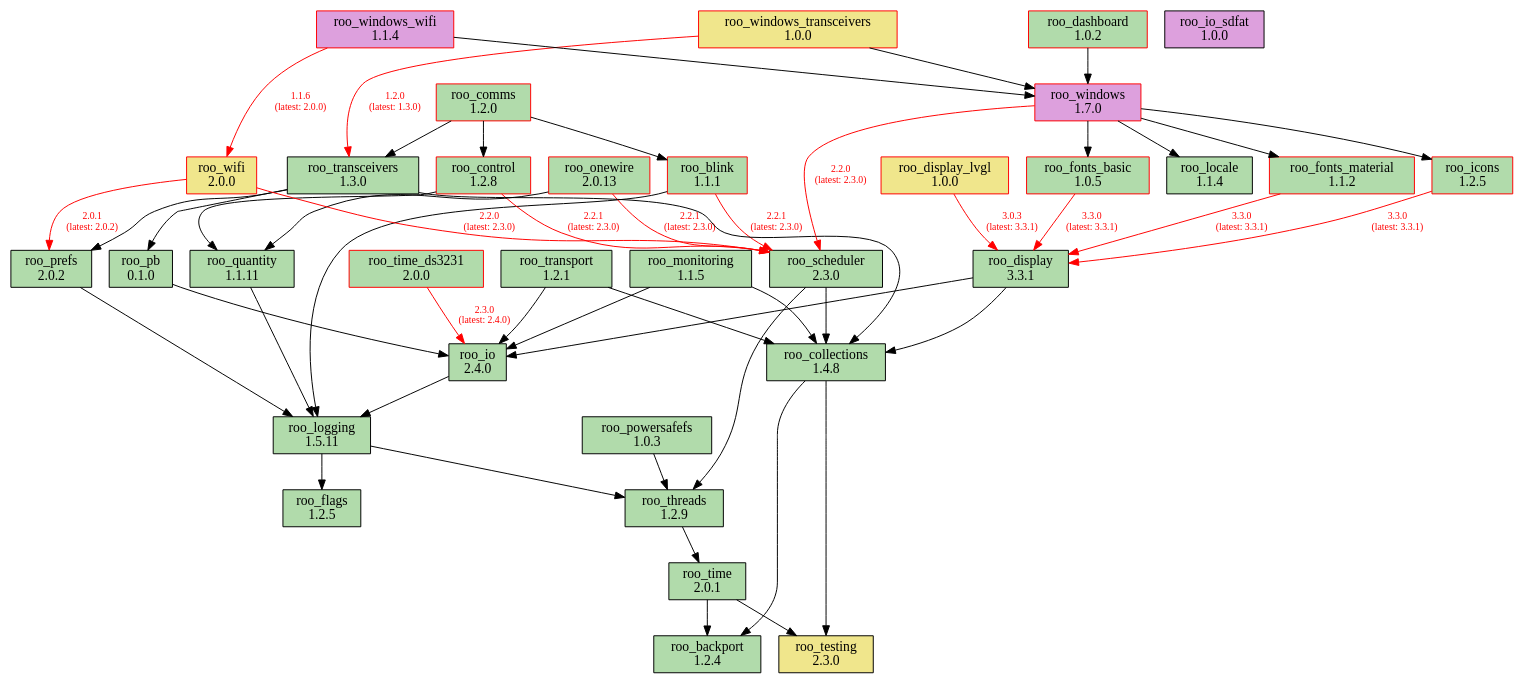
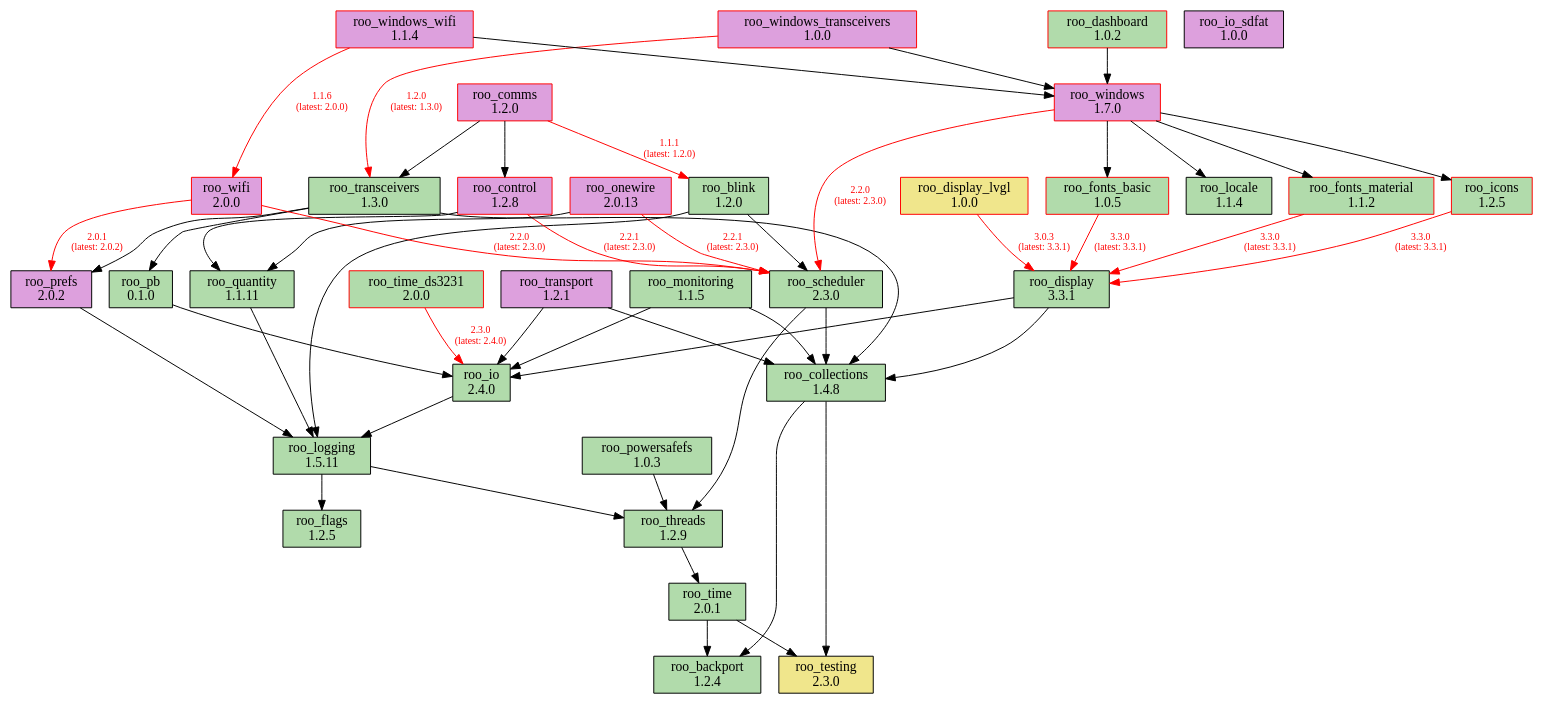
One commit to dejwk/roo-registry changed the diagram in doc/dependencies.dot. Above: the diagram before and after it, drawn with Graphviz. The commit also changed 3 other files, not shown here.

Commit message:
Added roo_blink 1.2.0 to the registry.

```diff
--- a/doc/dependencies.dot
+++ b/doc/dependencies.dot
@@ -1,91 +1,91 @@
 digraph dependencies {
     rankdir=TB;
     node [shape=box, style=filled];
     edge [fontsize=10];
 
     // Modules
     "roo_backport" [label="roo_backport\n1.2.4", fillcolor="#b1dbab", color="black"];
-    "roo_blink" [label="roo_blink\n1.1.1", fillcolor="#b1dbab", color="red"];
+    "roo_blink" [label="roo_blink\n1.2.0", fillcolor="#b1dbab", color="black"];
     "roo_collections" [label="roo_collections\n1.4.8", fillcolor="#b1dbab", color="black"];
-    "roo_comms" [label="roo_comms\n1.2.0", fillcolor="#b1dbab", color="red"];
-    "roo_control" [label="roo_control\n1.2.8", fillcolor="#b1dbab", color="red"];
+    "roo_comms" [label="roo_comms\n1.2.0", fillcolor="plum", color="red"];
+    "roo_control" [label="roo_control\n1.2.8", fillcolor="plum", color="red"];
     "roo_dashboard" [label="roo_dashboard\n1.0.2", fillcolor="#b1dbab", color="red"];
     "roo_display" [label="roo_display\n3.3.1", fillcolor="#b1dbab", color="black"];
     "roo_display_lvgl" [label="roo_display_lvgl\n1.0.0", fillcolor="khaki", color="red"];
     "roo_flags" [label="roo_flags\n1.2.5", fillcolor="#b1dbab", color="black"];
     "roo_fonts_basic" [label="roo_fonts_basic\n1.0.5", fillcolor="#b1dbab", color="red"];
     "roo_fonts_material" [label="roo_fonts_material\n1.1.2", fillcolor="#b1dbab", color="red"];
     "roo_icons" [label="roo_icons\n1.2.5", fillcolor="#b1dbab", color="red"];
     "roo_io" [label="roo_io\n2.4.0", fillcolor="#b1dbab", color="black"];
     "roo_io_sdfat" [label="roo_io_sdfat\n1.0.0", fillcolor="plum", color="black"];
     "roo_locale" [label="roo_locale\n1.1.4", fillcolor="#b1dbab", color="black"];
     "roo_logging" [label="roo_logging\n1.5.11", fillcolor="#b1dbab", color="black"];
     "roo_monitoring" [label="roo_monitoring\n1.1.5", fillcolor="#b1dbab", color="black"];
-    "roo_onewire" [label="roo_onewire\n2.0.13", fillcolor="#b1dbab", color="red"];
+    "roo_onewire" [label="roo_onewire\n2.0.13", fillcolor="plum", color="red"];
     "roo_pb" [label="roo_pb\n0.1.0", fillcolor="#b1dbab", color="black"];
     "roo_powersafefs" [label="roo_powersafefs\n1.0.3", fillcolor="#b1dbab", color="black"];
-    "roo_prefs" [label="roo_prefs\n2.0.2", fillcolor="#b1dbab", color="black"];
+    "roo_prefs" [label="roo_prefs\n2.0.2", fillcolor="plum", color="black"];
     "roo_quantity" [label="roo_quantity\n1.1.11", fillcolor="#b1dbab", color="black"];
     "roo_scheduler" [label="roo_scheduler\n2.3.0", fillcolor="#b1dbab", color="black"];
     "roo_testing" [label="roo_testing\n2.3.0", fillcolor="khaki", color="black"];
     "roo_threads" [label="roo_threads\n1.2.9", fillcolor="#b1dbab", color="black"];
     "roo_time" [label="roo_time\n2.0.1", fillcolor="#b1dbab", color="black"];
     "roo_time_ds3231" [label="roo_time_ds3231\n2.0.0", fillcolor="#b1dbab", color="red"];
     "roo_transceivers" [label="roo_transceivers\n1.3.0", fillcolor="#b1dbab", color="black"];
-    "roo_transport" [label="roo_transport\n1.2.1", fillcolor="#b1dbab", color="black"];
-    "roo_wifi" [label="roo_wifi\n2.0.0", fillcolor="khaki", color="red"];
+    "roo_transport" [label="roo_transport\n1.2.1", fillcolor="plum", color="black"];
+    "roo_wifi" [label="roo_wifi\n2.0.0", fillcolor="plum", color="red"];
     "roo_windows" [label="roo_windows\n1.7.0", fillcolor="plum", color="red"];
-    "roo_windows_transceivers" [label="roo_windows_transceivers\n1.0.0", fillcolor="khaki", color="red"];
+    "roo_windows_transceivers" [label="roo_windows_transceivers\n1.0.0", fillcolor="plum", color="red"];
     "roo_windows_wifi" [label="roo_windows_wifi\n1.1.4", fillcolor="plum", color="red"];
 
     // Dependencies
     "roo_blink" -> "roo_logging";
-    "roo_blink" -> "roo_scheduler" [color=red, fontcolor=red, label="2.2.1\n(latest: 2.3.0)"];
+    "roo_blink" -> "roo_scheduler";
     "roo_collections" -> "roo_testing";
     "roo_collections" -> "roo_backport";
-    "roo_comms" -> "roo_blink";
+    "roo_comms" -> "roo_blink" [color=red, fontcolor=red, label="1.1.1\n(latest: 1.2.0)"];
     "roo_comms" -> "roo_control";
     "roo_comms" -> "roo_transceivers";
     "roo_control" -> "roo_quantity";
     "roo_control" -> "roo_scheduler" [color=red, fontcolor=red, label="2.2.1\n(latest: 2.3.0)"];
     "roo_dashboard" -> "roo_windows";
     "roo_display" -> "roo_collections";
     "roo_display" -> "roo_io";
     "roo_display_lvgl" -> "roo_display" [color=red, fontcolor=red, label="3.0.3\n(latest: 3.3.1)"];
     "roo_fonts_basic" -> "roo_display" [color=red, fontcolor=red, label="3.3.0\n(latest: 3.3.1)"];
     "roo_fonts_material" -> "roo_display" [color=red, fontcolor=red, label="3.3.0\n(latest: 3.3.1)"];
     "roo_icons" -> "roo_display" [color=red, fontcolor=red, label="3.3.0\n(latest: 3.3.1)"];
     "roo_io" -> "roo_logging";
     "roo_logging" -> "roo_flags";
     "roo_logging" -> "roo_threads";
     "roo_monitoring" -> "roo_collections";
     "roo_monitoring" -> "roo_io";
     "roo_onewire" -> "roo_scheduler" [color=red, fontcolor=red, label="2.2.1\n(latest: 2.3.0)"];
     "roo_onewire" -> "roo_quantity";
     "roo_pb" -> "roo_io";
     "roo_powersafefs" -> "roo_threads";
     "roo_prefs" -> "roo_logging";
     "roo_quantity" -> "roo_logging";
     "roo_scheduler" -> "roo_collections";
     "roo_scheduler" -> "roo_threads";
     "roo_threads" -> "roo_time";
     "roo_time" -> "roo_testing";
     "roo_time" -> "roo_backport";
     "roo_time_ds3231" -> "roo_io" [color=red, fontcolor=red, label="2.3.0\n(latest: 2.4.0)"];
     "roo_transceivers" -> "roo_pb";
     "roo_transceivers" -> "roo_collections";
     "roo_transceivers" -> "roo_prefs";
     "roo_transport" -> "roo_collections";
     "roo_transport" -> "roo_io";
     "roo_wifi" -> "roo_prefs" [color=red, fontcolor=red, label="2.0.1\n(latest: 2.0.2)"];
     "roo_wifi" -> "roo_scheduler" [color=red, fontcolor=red, label="2.2.0\n(latest: 2.3.0)"];
     "roo_windows" -> "roo_fonts_basic";
     "roo_windows" -> "roo_fonts_material";
     "roo_windows" -> "roo_locale";
     "roo_windows" -> "roo_icons";
     "roo_windows" -> "roo_scheduler" [color=red, fontcolor=red, label="2.2.0\n(latest: 2.3.0)"];
     "roo_windows_transceivers" -> "roo_transceivers" [color=red, fontcolor=red, label="1.2.0\n(latest: 1.3.0)"];
     "roo_windows_transceivers" -> "roo_windows";
     "roo_windows_wifi" -> "roo_wifi" [color=red, fontcolor=red, label="1.1.6\n(latest: 2.0.0)"];
     "roo_windows_wifi" -> "roo_windows";
 }
```
